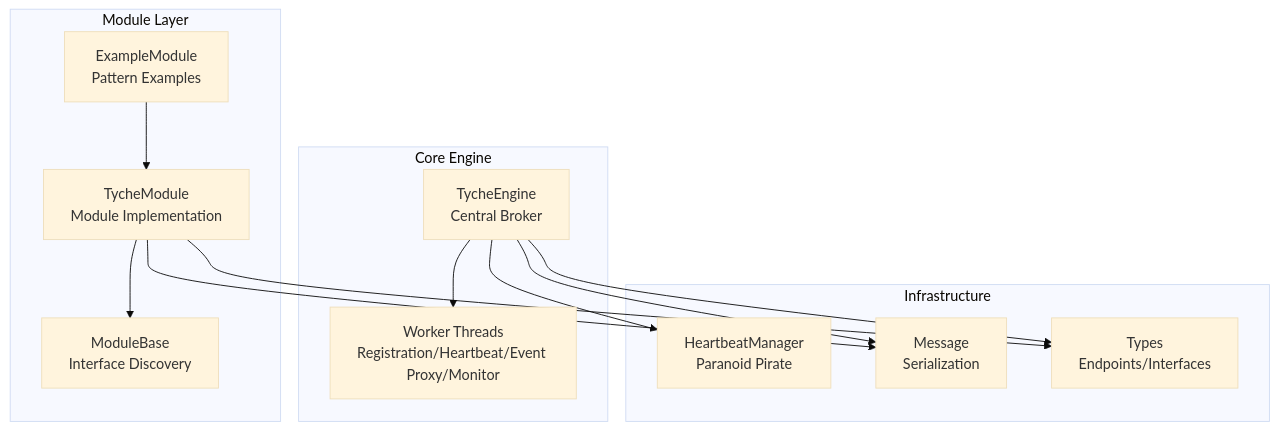
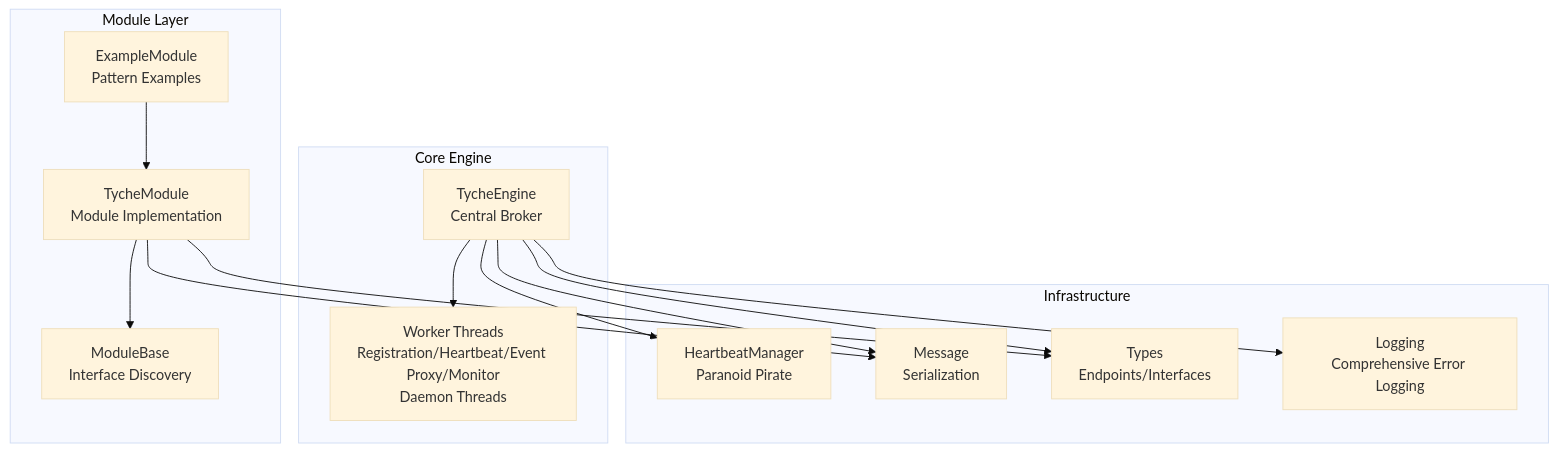
One commit to zt281/TycheEngine changed the first of 10 diagrams in .qoder/repowiki/en/content/Core Components/TycheEngine - Central Broker.md. Above: the diagram before and after it, drawn with Mermaid (base theme). The commit also changed other lines of this file and 5 other files, not shown here.

````diff
--- a/.qoder/repowiki/en/content/Core Components/TycheEngine - Central Broker.md
+++ b/.qoder/repowiki/en/content/Core Components/TycheEngine - Central Broker.md
@@ -42,25 +53,27 @@
 ```mermaid
 graph TB
 subgraph "Core Engine"
 E["TycheEngine<br/>Central Broker"]
-EW["Worker Threads<br/>Registration/Heartbeat/Event Proxy/Monitor"]
+EW["Worker Threads<br/>Registration/Heartbeat/Event Proxy/Monitor<br/>Daemon Threads"]
 end
 subgraph "Module Layer"
 MB["ModuleBase<br/>Interface Discovery"]
 TM["TycheModule<br/>Module Implementation"]
 EM["ExampleModule<br/>Pattern Examples"]
 end
 subgraph "Infrastructure"
 HB["HeartbeatManager<br/>Paranoid Pirate"]
 MSG["Message<br/>Serialization"]
 TYP["Types<br/>Endpoints/Interfaces"]
+LOG["Logging<br/>Comprehensive Error Logging"]
 end
 E --> EW
 TM --> MB
 EM --> TM
 E --> HB
 E --> MSG
 E --> TYP
+E --> LOG
 TM --> MSG
 TM --> TYP
 ```
````
